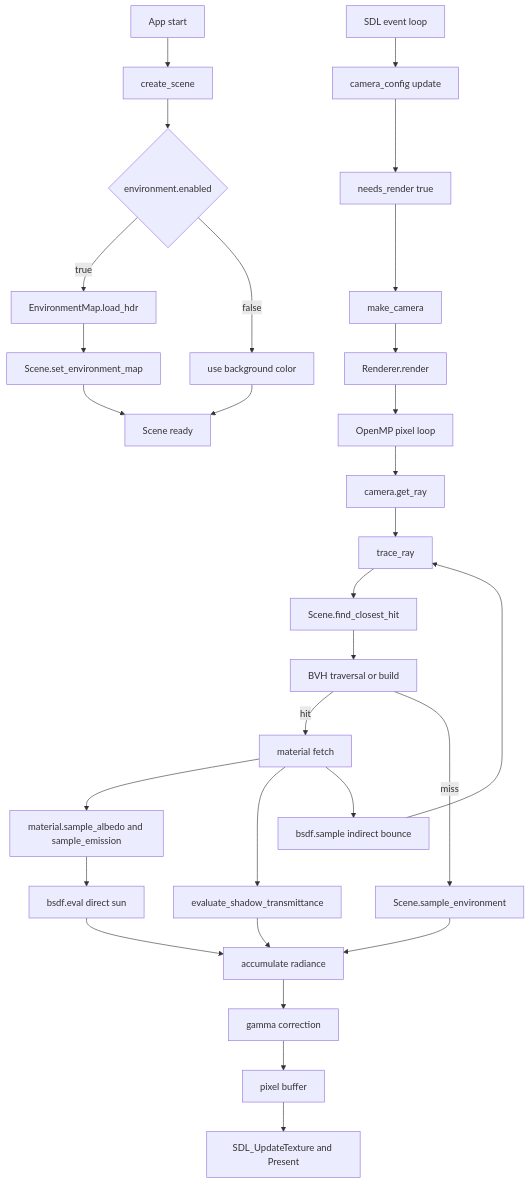
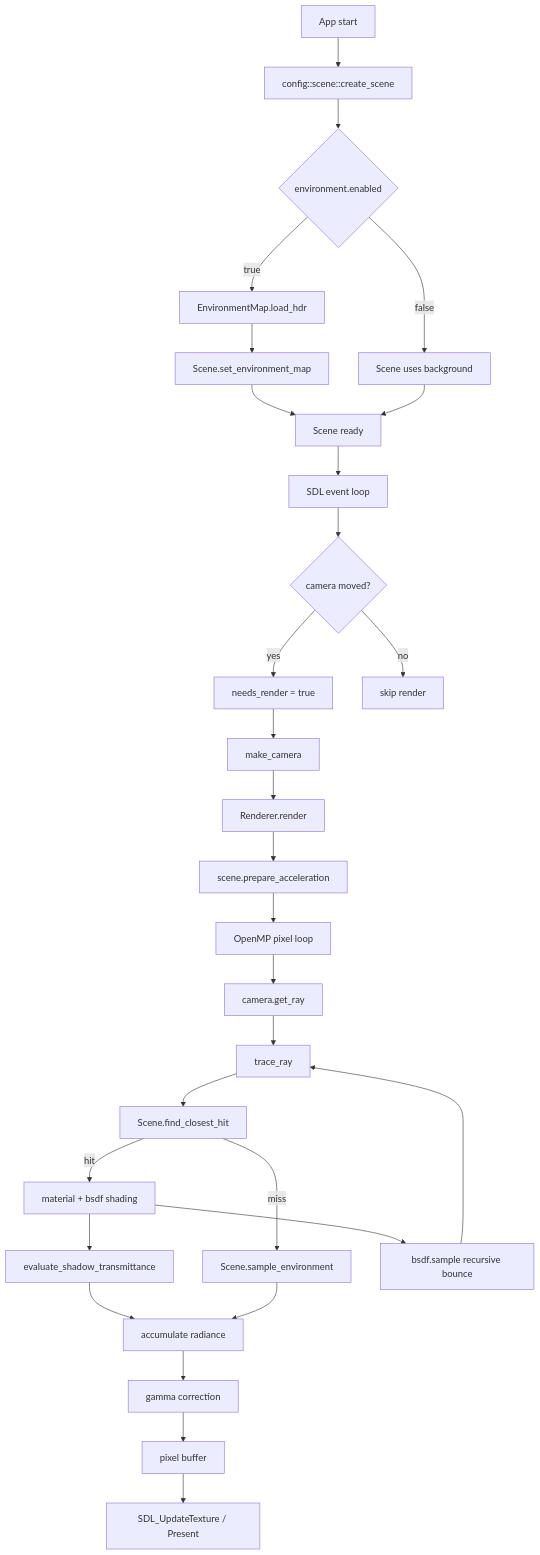
The diagram in docs/data_flow.md (koretty/raytracing-engine), drawn with Mermaid before and after one commit. The commit also changed other lines of this file and 5 other files, not shown here.

````diff
--- a/docs/data_flow.md
+++ b/docs/data_flow.md
@@ -22,37 +48,36 @@
 ```mermaid
 graph TD
-        A[App start] --> B[create_scene]
+        A[App start] --> B[config::scene::create_scene]
         B --> C{environment.enabled}
         C -->|true| D[EnvironmentMap.load_hdr]
-        C -->|false| E[use background color]
-        D --> F[Scene.set_environment_map]
+        D --> E[Scene.set_environment_map]
+        C -->|false| F[Scene uses background]
         E --> G[Scene ready]
         F --> G
 
-        H[SDL event loop] --> I[camera_config update]
-        I --> J[needs_render true]
-        J --> K[make_camera]
-        K --> L[Renderer.render]
+        G --> H[SDL event loop]
+        H --> I{camera moved?}
+        I -->|yes| J[needs_render = true]
+        I -->|no| K[skip render]
+        J --> L[make_camera]
+        L --> M[Renderer.render]
 
-        L --> M[OpenMP pixel loop]
-        M --> N[camera.get_ray]
-        N --> O[trace_ray]
+        M --> N[scene.prepare_acceleration]
+        N --> O[OpenMP pixel loop]
+        O --> P[camera.get_ray]
+        P --> Q[trace_ray]
 
-        O --> P[Scene.find_closest_hit]
-        P --> P2[BVH traversal or build]
-        P2 -->|hit| Q[material fetch]
-        P2 -->|miss| R[Scene.sample_environment]
+        Q --> R[Scene.find_closest_hit]
+        R -->|hit| S[material + bsdf shading]
+        R -->|miss| T[Scene.sample_environment]
 
-        Q --> Q2[material.sample_albedo and sample_emission]
-        Q2 --> S[bsdf.eval direct sun]
-        Q --> T[evaluate_shadow_transmittance]
-        Q --> U[bsdf.sample indirect bounce]
-        U --> O
+        S --> U[evaluate_shadow_transmittance]
+        S --> V[bsdf.sample recursive bounce]
+        V --> Q
 
-        S --> V[accumulate radiance]
-        T --> V
-        R --> V
-        V --> W[gamma correction]
-        W --> X[pixel buffer]
-        X --> Y[SDL_UpdateTexture and Present]
+        U --> W[accumulate radiance]
+        T --> W
+        W --> X[gamma correction]
+        X --> Y[pixel buffer]
+        Y --> Z[SDL_UpdateTexture / Present]
 ```
````
